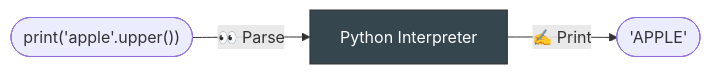
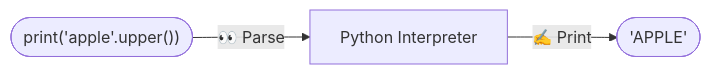
The second of 2 diagrams in docs/0-Getting-Started/00_language.md (ImAKappa/pftp), drawn with Mermaid before and after one commit. The commit also changed other lines of this file and 26 other files, not shown here.

````diff
--- a/docs/0-Getting-Started/00_language.md
+++ b/docs/0-Getting-Started/00_language.md
@@ -31,6 +30,5 @@
 ```mermaid
 flowchart LR
     lang(["print('apple'.upper())"]) -- "👀 Parse" --> interp["Python Interpreter"]
     interp["Python Interpreter"] -- "✍️ Print" --> result(["'APPLE'"])
-    style interp fill:#36464e,stroke:#333,color:#fff
 ```
````
